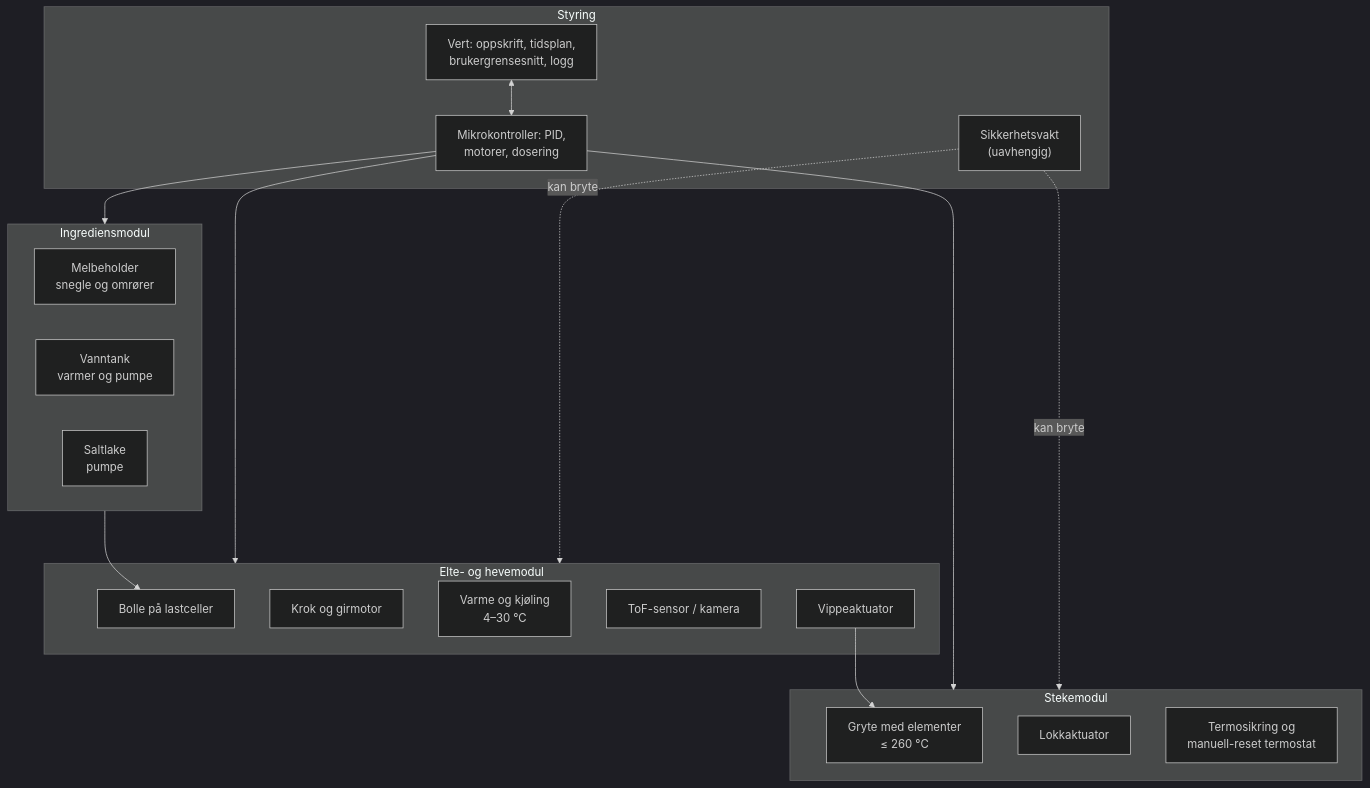
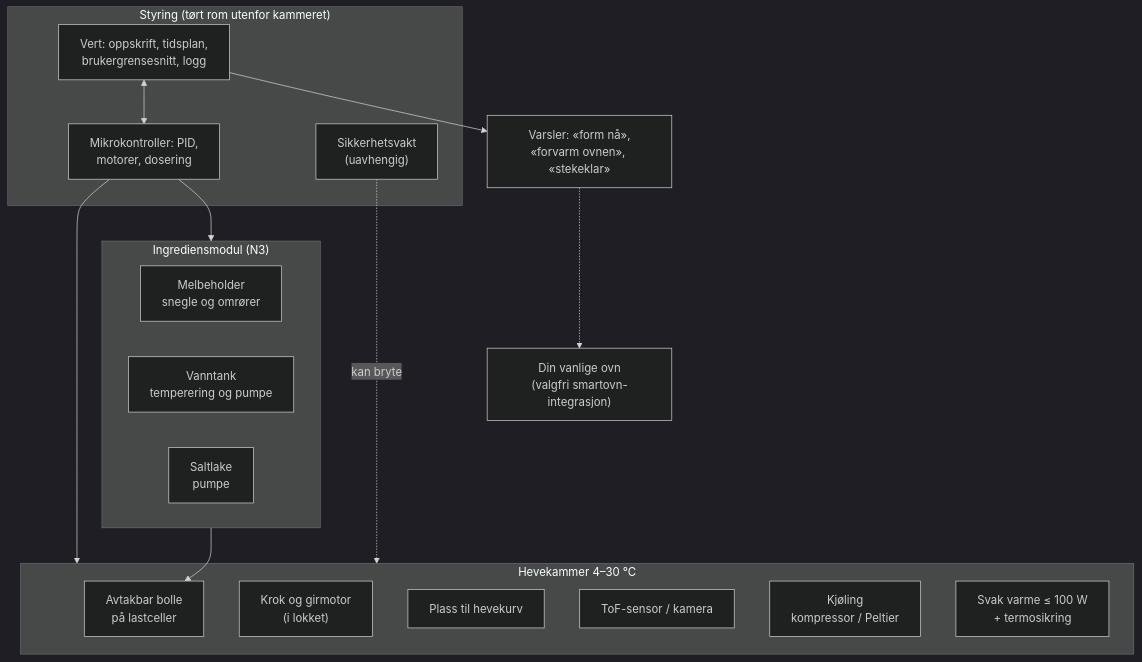
One commit to erikhafnor/surdeigsbaker changed the first of 3 diagrams in docs/07-arkitektur.md. Above: the diagram before and after it, drawn with Mermaid (dark theme). The commit also changed other lines of this file and 18 other files, not shown here.

````diff
--- a/docs/07-arkitektur.md
+++ b/docs/07-arkitektur.md
@@ -7,33 +7,30 @@
 ```mermaid
 flowchart TB
-  subgraph ING["Ingrediensmodul"]
+  subgraph ING["Ingrediensmodul (N3)"]
     MEL["Melbeholder<br/>snegle og omrører"]
-    VANN["Vanntank<br/>varmer og pumpe"]
+    VANN["Vanntank<br/>temperering og pumpe"]
     LAKE["Saltlake<br/>pumpe"]
   end
-  subgraph ELT["Elte- og hevemodul"]
-    BOLLE["Bolle på lastceller"]
-    KROK["Krok og girmotor"]
-    TEMP1["Varme og kjøling<br/>4–30 °C"]
+  subgraph KAM["Hevekammer 4–30 °C"]
+    BOLLE["Avtakbar bolle<br/>på lastceller"]
+    KROK["Krok og girmotor<br/>(i lokket)"]
+    KURV["Plass til hevekurv"]
     TOF["ToF-sensor / kamera"]
-    VIPP["Vippeaktuator"]
+    KJOL["Kjøling<br/>kompressor / Peltier"]
+    VARME["Svak varme ≤ 100 W<br/>+ termosikring"]
   end
-  subgraph STEK["Stekemodul"]
-    GRYTE["Gryte med elementer<br/>≤ 260 °C"]
-    LOKK["Lokkaktuator"]
-    TS["Termosikring og<br/>manuell-reset termostat"]
-  end
-  subgraph CTRL["Styring"]
+  subgraph CTRL["Styring (tørt rom utenfor kammeret)"]
     HOST["Vert: oppskrift, tidsplan,<br/>brukergrensesnitt, logg"]
     MCU["Mikrokontroller: PID,<br/>motorer, dosering"]
     SAFE["Sikkerhetsvakt<br/>(uavhengig)"]
   end
+  VARSEL["Varsler: «form nå»,<br/>«forvarm ovnen», «stekeklar»"]
+  OVN["Din vanlige ovn<br/>(valgfri smartovn-integrasjon)"]
   ING --> BOLLE
-  VIPP --> GRYTE
   HOST <--> MCU
-  MCU --> ELT
-  MCU --> STEK
+  MCU --> KAM
   MCU --> ING
-  SAFE -. kan bryte .-> STEK
-  SAFE -. kan bryte .-> ELT
+  HOST --> VARSEL
+  VARSEL -.-> OVN
+  SAFE -. kan bryte .-> KAM
 ```
````
